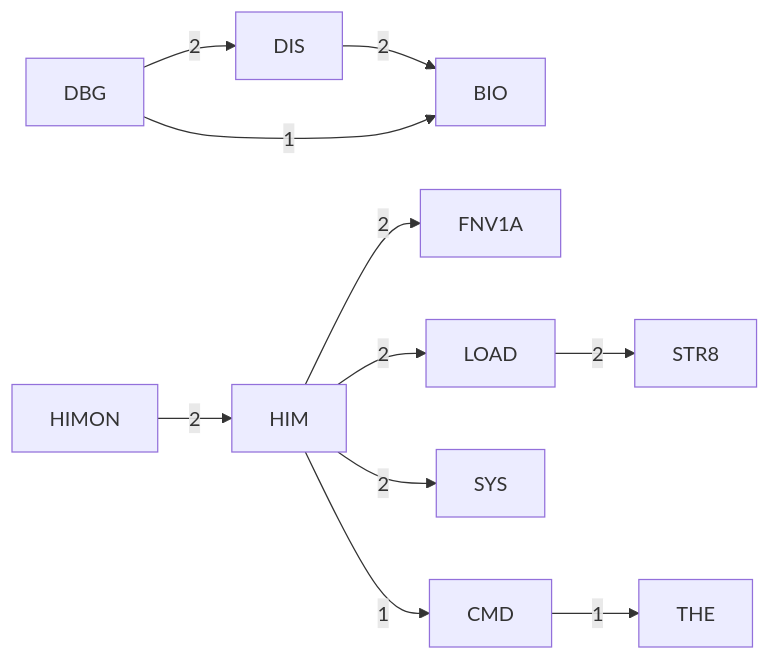
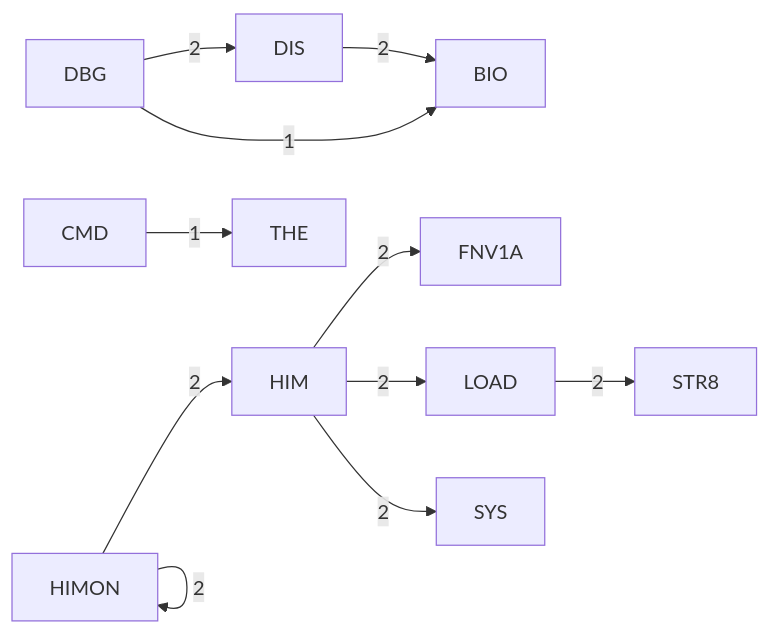
The fourth of 6 diagrams in DOC/GENERATED/HIMON_SUPPORT_MAP.md (95westus/R-YORS), drawn with Mermaid before and after one commit. The commit also changed other lines of this file and 32 other files, not shown here.

````diff
--- a/DOC/GENERATED/HIMON_SUPPORT_MAP.md
+++ b/DOC/GENERATED/HIMON_SUPPORT_MAP.md
@@ -63,13 +63,13 @@
 ```mermaid
 flowchart LR
     P_DBG[DBG] -->|2| P_DIS[DIS]
     P_DIS[DIS] -->|2| P_BIO[BIO]
     P_HIM[HIM] -->|2| P_FNV1A[FNV1A]
     P_HIM[HIM] -->|2| P_LOAD[LOAD]
     P_HIM[HIM] -->|2| P_SYS[SYS]
     P_HIMON[HIMON] -->|2| P_HIM[HIM]
+    P_HIMON[HIMON] -->|2| P_HIMON[HIMON]
     P_LOAD[LOAD] -->|2| P_STR8[STR8]
     P_CMD[CMD] -->|1| P_THE[THE]
     P_DBG[DBG] -->|1| P_BIO[BIO]
-    P_HIM[HIM] -->|1| P_CMD[CMD]
 ```
````
